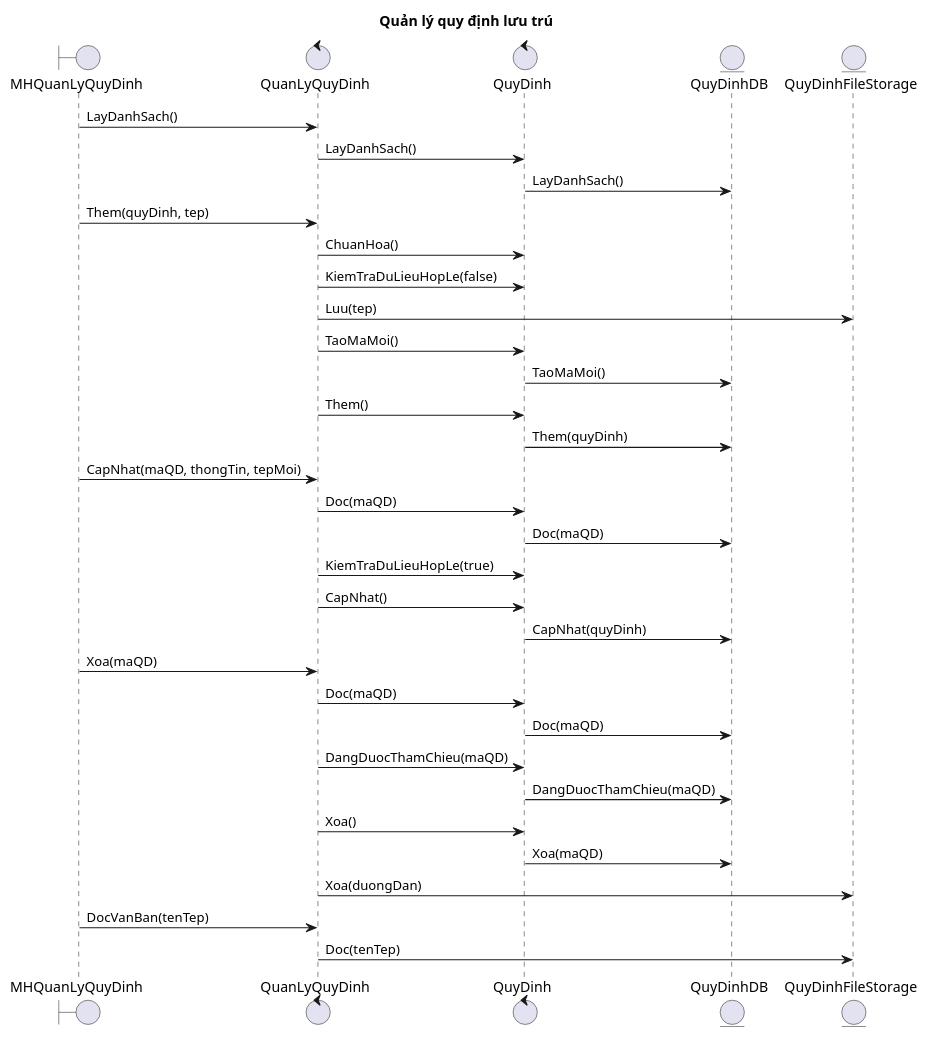
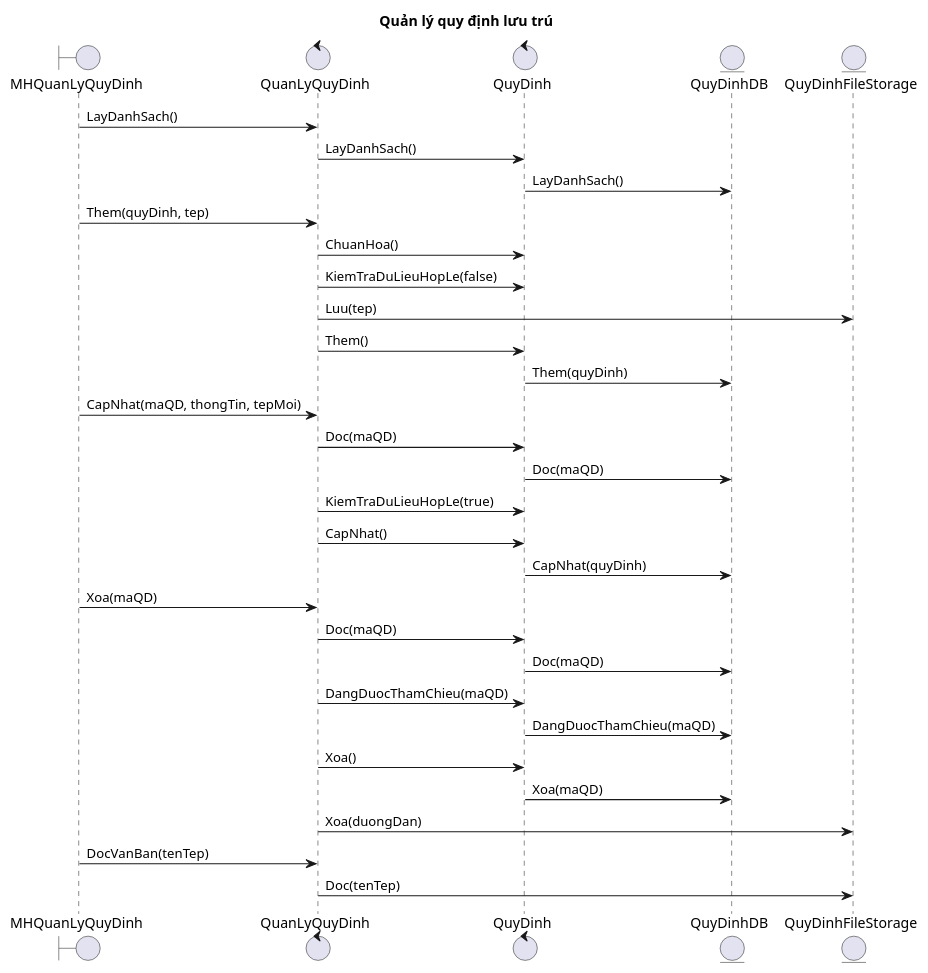
Before and after one commit to Ming1309/HomeStay-Dorm: the diagram in docs/uml/quan-ly-quy-dinh-sequence.puml, drawn with PlantUML. The commit also changed 73 other files, not shown here.

Commit message:
feat(database): implement standardized sequential ID generation using DB sequences

```diff
--- a/docs/uml/quan-ly-quy-dinh-sequence.puml
+++ b/docs/uml/quan-ly-quy-dinh-sequence.puml
@@ -1,42 +1,40 @@
 @startuml
 title Quản lý quy định lưu trú
 skinparam responseMessageBelowArrow true
 
 boundary MHQuanLyQuyDinh
 control QuanLyQuyDinh
 control QuyDinh
 entity QuyDinhDB
 entity QuyDinhFileStorage
 
 MHQuanLyQuyDinh -> QuanLyQuyDinh: LayDanhSach()
 QuanLyQuyDinh -> QuyDinh: LayDanhSach()
 QuyDinh -> QuyDinhDB: LayDanhSach()
 
 MHQuanLyQuyDinh -> QuanLyQuyDinh: Them(quyDinh, tep)
 QuanLyQuyDinh -> QuyDinh: ChuanHoa()
 QuanLyQuyDinh -> QuyDinh: KiemTraDuLieuHopLe(false)
 QuanLyQuyDinh -> QuyDinhFileStorage: Luu(tep)
-QuanLyQuyDinh -> QuyDinh: TaoMaMoi()
-QuyDinh -> QuyDinhDB: TaoMaMoi()
 QuanLyQuyDinh -> QuyDinh: Them()
 QuyDinh -> QuyDinhDB: Them(quyDinh)
 
 MHQuanLyQuyDinh -> QuanLyQuyDinh: CapNhat(maQD, thongTin, tepMoi)
 QuanLyQuyDinh -> QuyDinh: Doc(maQD)
 QuyDinh -> QuyDinhDB: Doc(maQD)
 QuanLyQuyDinh -> QuyDinh: KiemTraDuLieuHopLe(true)
 QuanLyQuyDinh -> QuyDinh: CapNhat()
 QuyDinh -> QuyDinhDB: CapNhat(quyDinh)
 
 MHQuanLyQuyDinh -> QuanLyQuyDinh: Xoa(maQD)
 QuanLyQuyDinh -> QuyDinh: Doc(maQD)
 QuyDinh -> QuyDinhDB: Doc(maQD)
 QuanLyQuyDinh -> QuyDinh: DangDuocThamChieu(maQD)
 QuyDinh -> QuyDinhDB: DangDuocThamChieu(maQD)
 QuanLyQuyDinh -> QuyDinh: Xoa()
 QuyDinh -> QuyDinhDB: Xoa(maQD)
 QuanLyQuyDinh -> QuyDinhFileStorage: Xoa(duongDan)
 
 MHQuanLyQuyDinh -> QuanLyQuyDinh: DocVanBan(tenTep)
 QuanLyQuyDinh -> QuyDinhFileStorage: Doc(tenTep)
 @enduml
```
